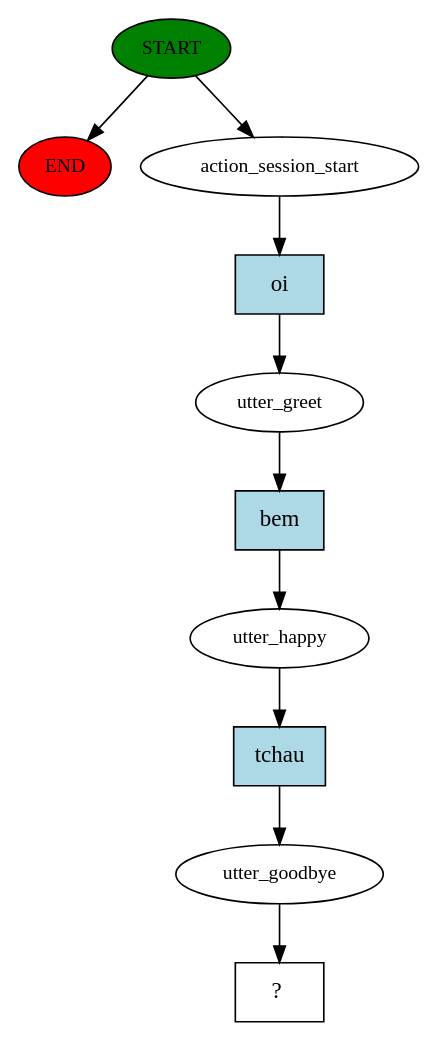
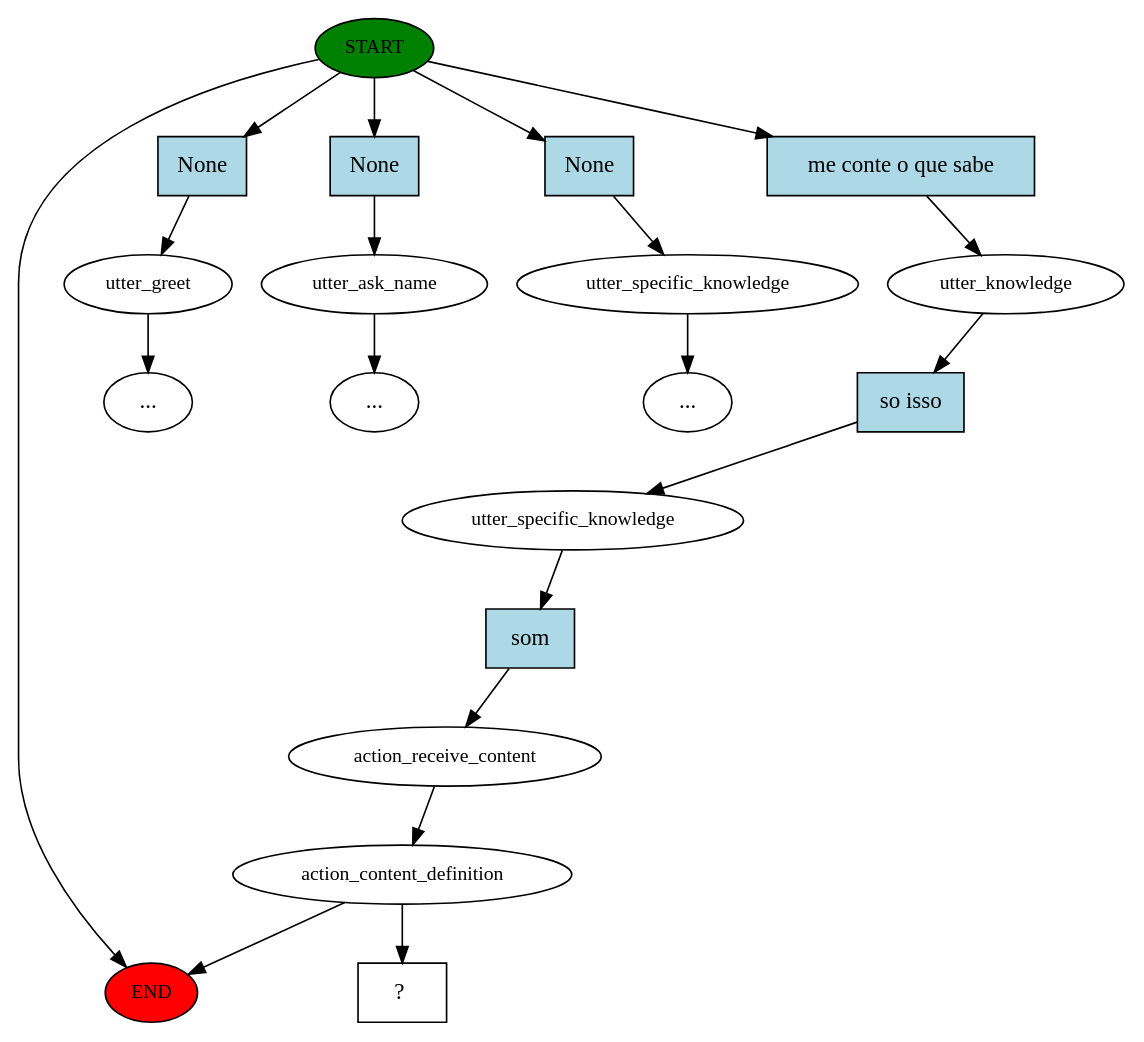
One commit to deeplearningunb/DeepLearningVirtualAssistant-RASA changed the diagram in story_graph.dot. Above: the diagram before and after it, drawn with Graphviz. The commit also changed 35 other files, not shown here.

```diff
--- a/story_graph.dot
+++ b/story_graph.dot
@@ -1,21 +1,40 @@
 digraph  {
 0 [class="start active", fillcolor=green, fontsize=12, label=START, style=filled];
 "-1" [class=end, fillcolor=red, fontsize=12, label=END, style=filled];
-1 [class=active, fontsize=12, label=action_session_start];
-2 [class=active, fontsize=12, label=utter_greet];
-3 [class=active, fontsize=12, label=utter_happy];
-4 [class=active, fontsize=12, label=utter_goodbye];
-5 [class="intent dashed active", label="  ?  ", shape=rect];
-6 [class="intent active", fillcolor=lightblue, label=oi, shape=rect, style=filled];
-7 [class="intent active", fillcolor=lightblue, label=bem, shape=rect, style=filled];
-8 [class="intent active", fillcolor=lightblue, label=tchau, shape=rect, style=filled];
+1 [class="", fontsize=12, label=utter_greet];
+2 [class="", fontsize=12, label=utter_ask_name];
+"-5" [class=ellipsis, label="..."];
+4 [class="", fontsize=12, label=utter_specific_knowledge];
+"-6" [class=ellipsis, label="..."];
+5 [class=active, fontsize=12, label=utter_knowledge];
+6 [class=active, fontsize=12, label=utter_specific_knowledge];
+7 [class=active, fontsize=12, label=action_receive_content];
+8 [class=active, fontsize=12, label=action_content_definition];
+"-10" [class=ellipsis, label="..."];
+17 [class="intent dashed active", label="  ?  ", shape=rect];
+18 [class=intent, fillcolor=lightblue, label=None, shape=rect, style=filled];
+19 [class=intent, fillcolor=lightblue, label=None, shape=rect, style=filled];
+20 [class=intent, fillcolor=lightblue, label=None, shape=rect, style=filled];
+21 [class="intent active", fillcolor=lightblue, label="me conte o que sabe", shape=rect, style=filled];
+22 [class="intent active", fillcolor=lightblue, label="so isso", shape=rect, style=filled];
+23 [class="intent active", fillcolor=lightblue, label=som, shape=rect, style=filled];
 0 -> "-1"  [class="", key=NONE, label=""];
-0 -> 1  [class=active, key=NONE, label=""];
-1 -> 6  [class=active, key=0];
-2 -> 7  [class=active, key=0];
-3 -> 8  [class=active, key=0];
-4 -> 5  [class=active, key=NONE, label=""];
-6 -> 2  [class=active, key=0];
-7 -> 3  [class=active, key=0];
-8 -> 4  [class=active, key=0];
+0 -> 18  [class="", key=0];
+0 -> 19  [class="", key=0];
+0 -> 20  [class="", key=0];
+0 -> 21  [class=active, key=0];
+1 -> "-10"  [class="", key=NONE, label=""];
+2 -> "-5"  [class="", key=NONE, label=""];
+4 -> "-6"  [class="", key=NONE, label=""];
+5 -> 22  [class=active, key=0];
+6 -> 23  [class=active, key=0];
+7 -> 8  [class=active, key=NONE, label=""];
+8 -> "-1"  [class="", key=NONE, label=""];
+8 -> 17  [class=active, key=NONE, label=""];
+18 -> 1  [class="", key=0];
+19 -> 2  [class="", key=0];
+20 -> 4  [class="", key=0];
+21 -> 5  [class=active, key=0];
+22 -> 6  [class=active, key=0];
+23 -> 7  [class=active, key=0];
 }
```
